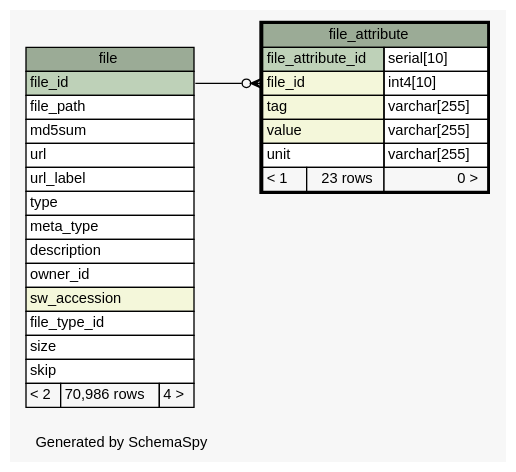
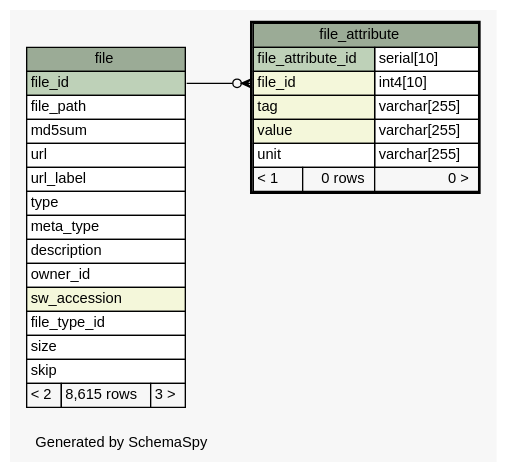
One commit to SeqWare/seqware.github.com changed the diagram in metadb-schema/diagrams/file_attribute.1degree.dot. Above: the diagram before and after it, drawn with Graphviz. The commit also changed 376 other files, not shown here.

```diff
--- a/metadb-schema/diagrams/file_attribute.1degree.dot
+++ b/metadb-schema/diagrams/file_attribute.1degree.dot
@@ -1,59 +1,59 @@
-// dot 2.26.3 on Linux 3.5.0-47-generic
+// dot 2.32.0 on Mac OS X 10.8.3
 // SchemaSpy rev 590
 digraph "oneDegreeRelationshipsDiagram" {
   graph [
     rankdir="RL"
     bgcolor="#f7f7f7"
     label="\nGenerated by SchemaSpy"
     labeljust="l"
     nodesep="0.18"
     ranksep="0.46"
     fontname="Helvetica"
     fontsize="11"
   ];
   node [
     fontname="Helvetica"
     fontsize="11"
     shape="plaintext"
   ];
   edge [
     arrowsize="0.8"
   ];
   "file_attribute":"file_id":w -> "file":"file_id":e [arrowhead=none dir=back arrowtail=crowodot];
   "file" [
     label=<
     <TABLE BORDER="0" CELLBORDER="1" CELLSPACING="0" BGCOLOR="#ffffff">
       <TR><TD COLSPAN="3" BGCOLOR="#9bab96" ALIGN="CENTER">file</TD></TR>
       <TR><TD PORT="file_id" COLSPAN="3" BGCOLOR="#bed1b8" ALIGN="LEFT">file_id</TD></TR>
       <TR><TD PORT="file_path" COLSPAN="3" ALIGN="LEFT">file_path</TD></TR>
       <TR><TD PORT="md5sum" COLSPAN="3" ALIGN="LEFT">md5sum</TD></TR>
       <TR><TD PORT="url" COLSPAN="3" ALIGN="LEFT">url</TD></TR>
       <TR><TD PORT="url_label" COLSPAN="3" ALIGN="LEFT">url_label</TD></TR>
       <TR><TD PORT="type" COLSPAN="3" ALIGN="LEFT">type</TD></TR>
       <TR><TD PORT="meta_type" COLSPAN="3" ALIGN="LEFT">meta_type</TD></TR>
       <TR><TD PORT="description" COLSPAN="3" ALIGN="LEFT">description</TD></TR>
       <TR><TD PORT="owner_id" COLSPAN="3" ALIGN="LEFT">owner_id</TD></TR>
       <TR><TD PORT="sw_accession" COLSPAN="3" BGCOLOR="#f4f7da" ALIGN="LEFT">sw_accession</TD></TR>
       <TR><TD PORT="file_type_id" COLSPAN="3" ALIGN="LEFT">file_type_id</TD></TR>
       <TR><TD PORT="size" COLSPAN="3" ALIGN="LEFT">size</TD></TR>
       <TR><TD PORT="skip" COLSPAN="3" ALIGN="LEFT">skip</TD></TR>
-      <TR><TD ALIGN="LEFT" BGCOLOR="#f7f7f7">&lt; 2</TD><TD ALIGN="RIGHT" BGCOLOR="#f7f7f7">70,986 rows</TD><TD ALIGN="RIGHT" BGCOLOR="#f7f7f7">4 &gt;</TD></TR>
+      <TR><TD ALIGN="LEFT" BGCOLOR="#f7f7f7">&lt; 2</TD><TD ALIGN="RIGHT" BGCOLOR="#f7f7f7">8,615 rows</TD><TD ALIGN="RIGHT" BGCOLOR="#f7f7f7">3 &gt;</TD></TR>
     </TABLE>>
     URL="file.html"
     tooltip="file"
   ];
   "file_attribute" [
     label=<
     <TABLE BORDER="2" CELLBORDER="1" CELLSPACING="0" BGCOLOR="#ffffff">
       <TR><TD COLSPAN="3" BGCOLOR="#9bab96" ALIGN="CENTER">file_attribute</TD></TR>
       <TR><TD PORT="file_attribute_id" COLSPAN="2" BGCOLOR="#bed1b8" ALIGN="LEFT">file_attribute_id</TD><TD PORT="file_attribute_id.type" ALIGN="LEFT">serial[10]</TD></TR>
       <TR><TD PORT="file_id" COLSPAN="2" BGCOLOR="#f4f7da" ALIGN="LEFT">file_id</TD><TD PORT="file_id.type" ALIGN="LEFT">int4[10]</TD></TR>
       <TR><TD PORT="tag" COLSPAN="2" BGCOLOR="#f4f7da" ALIGN="LEFT">tag</TD><TD PORT="tag.type" ALIGN="LEFT">varchar[255]</TD></TR>
       <TR><TD PORT="value" COLSPAN="2" BGCOLOR="#f4f7da" ALIGN="LEFT">value</TD><TD PORT="value.type" ALIGN="LEFT">varchar[255]</TD></TR>
       <TR><TD PORT="unit" COLSPAN="2" ALIGN="LEFT">unit</TD><TD PORT="unit.type" ALIGN="LEFT">varchar[255]</TD></TR>
-      <TR><TD ALIGN="LEFT" BGCOLOR="#f7f7f7">&lt; 1</TD><TD ALIGN="RIGHT" BGCOLOR="#f7f7f7">23 rows</TD><TD ALIGN="RIGHT" BGCOLOR="#f7f7f7">0 &gt;</TD></TR>
+      <TR><TD ALIGN="LEFT" BGCOLOR="#f7f7f7">&lt; 1</TD><TD ALIGN="RIGHT" BGCOLOR="#f7f7f7">0 rows</TD><TD ALIGN="RIGHT" BGCOLOR="#f7f7f7">0 &gt;</TD></TR>
     </TABLE>>
     URL="file_attribute.html"
     tooltip="file_attribute"
   ];
 }
```
